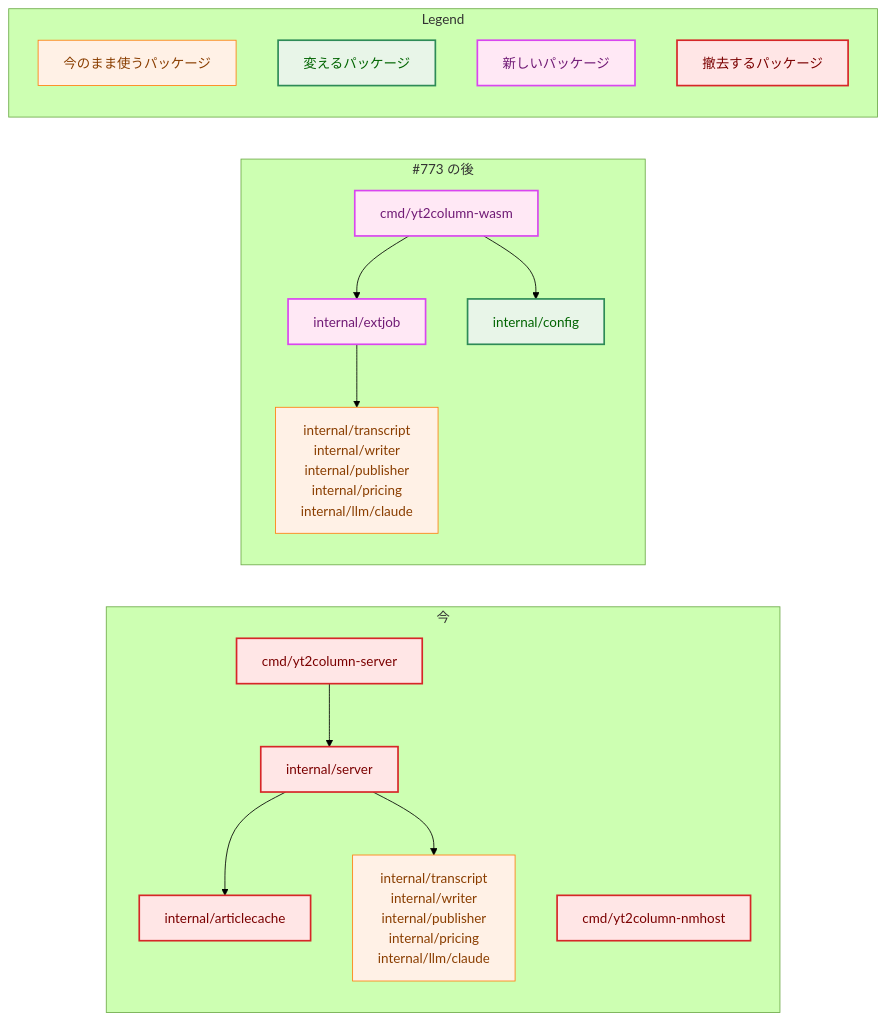
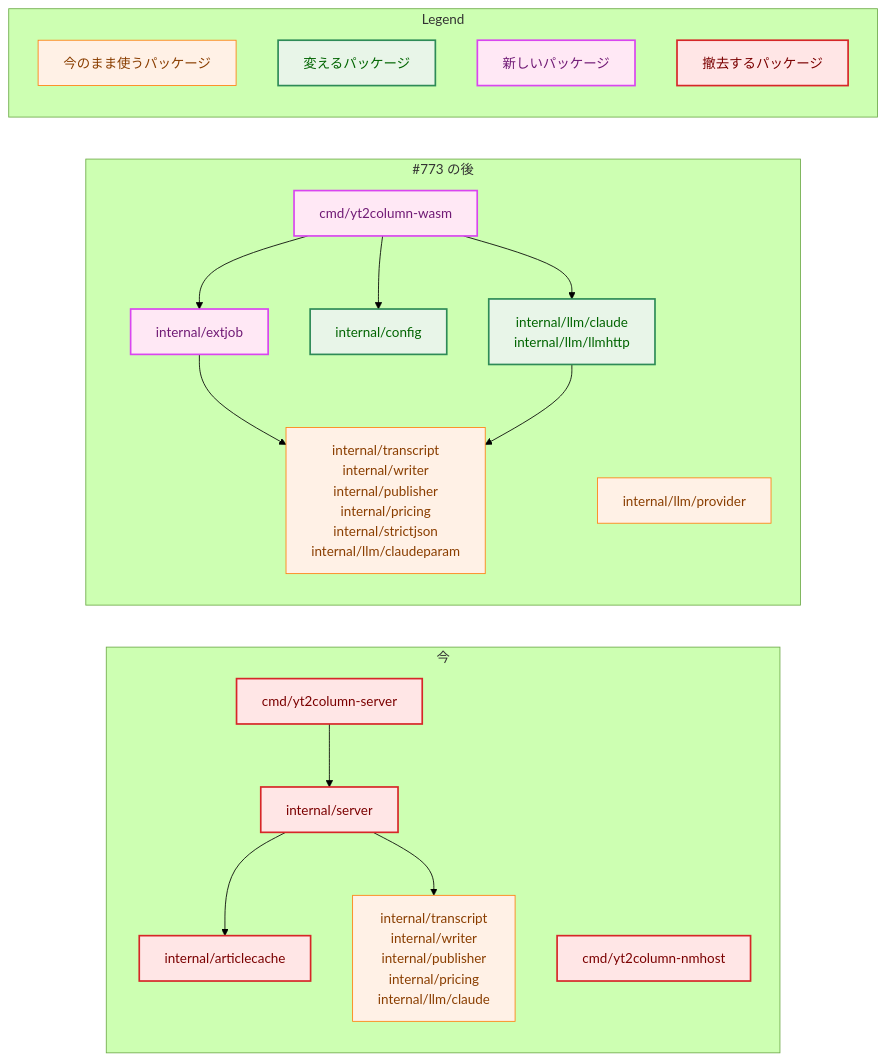
The third of 9 diagrams in docs/tasks/0090_extension_only_architecture/02_architecture.md (isseis/yt2column), drawn with Mermaid (forest theme) before and after one commit. The commit also changed other lines of this file and 15 other files, not shown here.

First line of the commit message:
docs(0090): apply the panel review and the prose pass to the architecture

````diff
--- a/docs/tasks/0090_extension_only_architecture/02_architecture.md
+++ b/docs/tasks/0090_extension_only_architecture/02_architecture.md
@@ -164,44 +165,48 @@
 ```mermaid
 flowchart LR
     classDef process fill:#fff1e6,stroke:#ff7f0e,stroke-width:1px,color:#8a3e00;
     classDef enhanced fill:#e8f5e8,stroke:#2e8b57,stroke-width:2px,color:#006400;
     classDef newpkg fill:#ffe8f5,stroke:#d946ef,stroke-width:2px,color:#701a75;
     classDef problem fill:#ffe6e6,stroke:#d62728,stroke-width:2px,color:#7b0000;
 
     subgraph Before["今"]
         SRV["cmd/yt2column-server"]
         NMH["cmd/yt2column-nmhost"]
         ISRV["internal/server"]
         AC["internal/articlecache"]
         CORE1["internal/transcript<br>internal/writer<br>internal/publisher<br>internal/pricing<br>internal/llm/claude"]
         SRV --> ISRV
         ISRV --> AC
         ISRV --> CORE1
         class SRV,NMH,ISRV,AC problem
         class CORE1 process
     end
 
     subgraph After["#773 の後"]
         WE["cmd/yt2column-wasm"]
         EJ["internal/extjob"]
         CFG["internal/config"]
-        CORE2["internal/transcript<br>internal/writer<br>internal/publisher<br>internal/pricing<br>internal/llm/claude"]
+        CL["internal/llm/claude<br>internal/llm/llmhttp"]
+        CORE2["internal/transcript<br>internal/writer<br>internal/publisher<br>internal/pricing<br>internal/strictjson<br>internal/llm/claudeparam"]
+        PROV["internal/llm/provider"]
         WE --> EJ
         WE --> CFG
+        WE --> CL
         EJ --> CORE2
+        CL --> CORE2
         class WE,EJ newpkg
-        class CFG enhanced
-        class CORE2 process
+        class CFG,CL enhanced
+        class CORE2,PROV process
     end
 
     subgraph Legend["Legend"]
         L1["今のまま使うパッケージ"]
         L2["変えるパッケージ"]
         L3["新しいパッケージ"]
         L4["撤去するパッケージ"]
     end
     class L1 process
     class L2 enhanced
     class L3 newpkg
     class L4 problem
 ```
````
